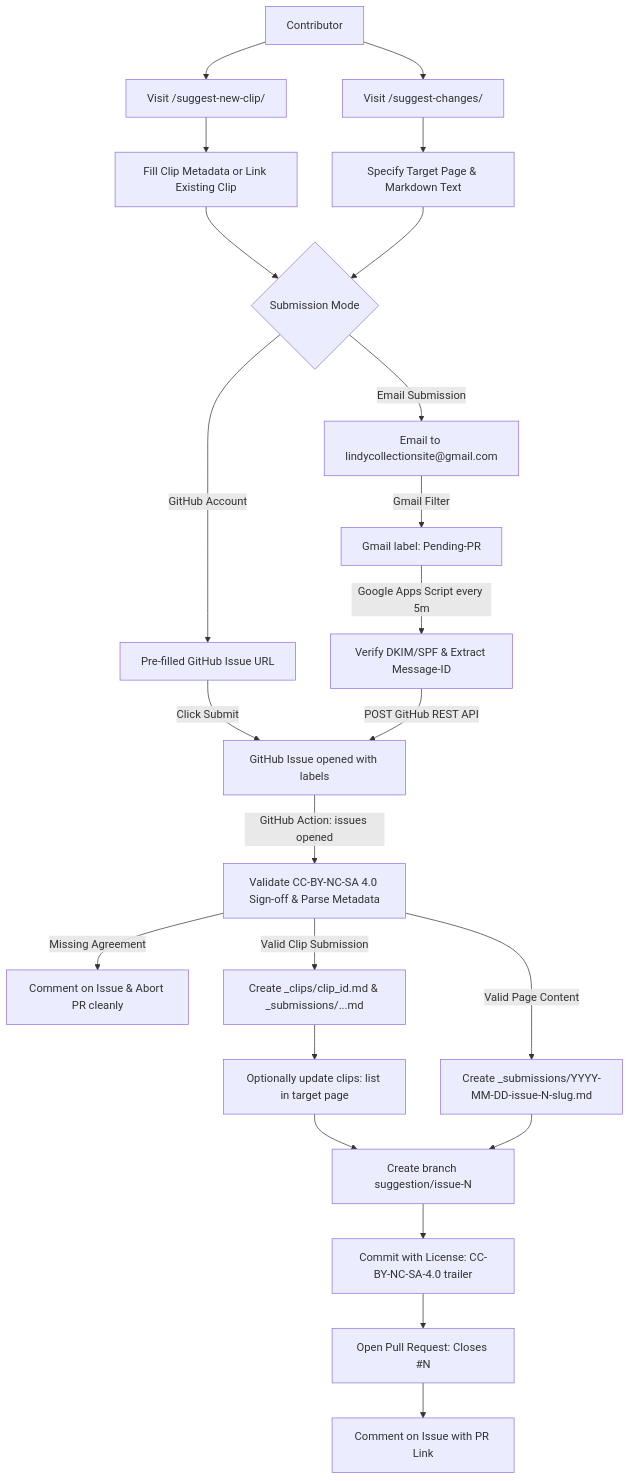
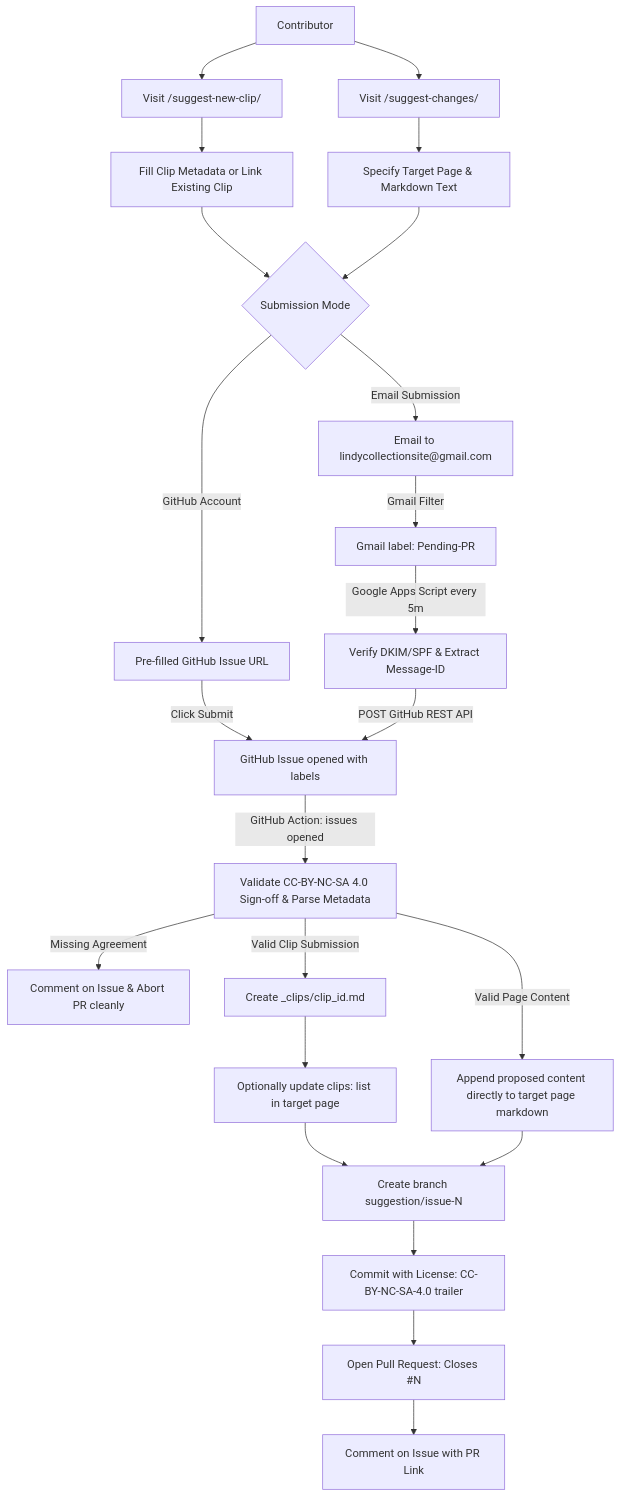
Before and after one commit to lindycollection/www.lindycollection.com: the diagram in docs/SUBMISSION_SETUP.md, drawn with Mermaid. The commit also changed other lines of this file and 2 other files, not shown here.

First line of the commit message:
Fix submission processing to append page content updates directly to target page markdown

````diff
--- a/docs/SUBMISSION_SETUP.md
+++ b/docs/SUBMISSION_SETUP.md
@@ -15,33 +15,33 @@
 ```mermaid
 flowchart TD
     A[Contributor] --> B1[Visit /suggest-new-clip/]
     A --> B2[Visit /suggest-changes/]
     
     B1 --> C1[Fill Clip Metadata or Link Existing Clip]
     B2 --> C2[Specify Target Page & Markdown Text]
     
     C1 --> D{Submission Mode}
     C2 --> D
     
     D -->|GitHub Account| E[Pre-filled GitHub Issue URL]
     E -->|Click Submit| F[GitHub Issue opened with labels]
     
     D -->|Email Submission| G[Email to lindycollectionsite@gmail.com]
     G -->|Gmail Filter| H[Gmail label: Pending-PR]
     H -->|Google Apps Script every 5m| I[Verify DKIM/SPF & Extract Message-ID]
     I -->|POST GitHub REST API| F
     
     F -->|GitHub Action: issues opened| J[Validate CC-BY-NC-SA 4.0 Sign-off & Parse Metadata]
     J -->|Missing Agreement| K[Comment on Issue & Abort PR cleanly]
     
-    J -->|Valid Clip Submission| L1[Create _clips/clip_id.md & _submissions/...md]
+    J -->|Valid Clip Submission| L1[Create _clips/clip_id.md]
     L1 --> M1[Optionally update clips: list in target page]
     
-    J -->|Valid Page Content| L2[Create _submissions/YYYY-MM-DD-issue-N-slug.md]
+    J -->|Valid Page Content| L2[Append proposed content directly to target page markdown]
     
     M1 --> N[Create branch suggestion/issue-N]
     L2 --> N
     N --> O[Commit with License: CC-BY-NC-SA-4.0 trailer]
     O --> P[Open Pull Request: Closes #N]
     P --> Q[Comment on Issue with PR Link]
 ```
````
